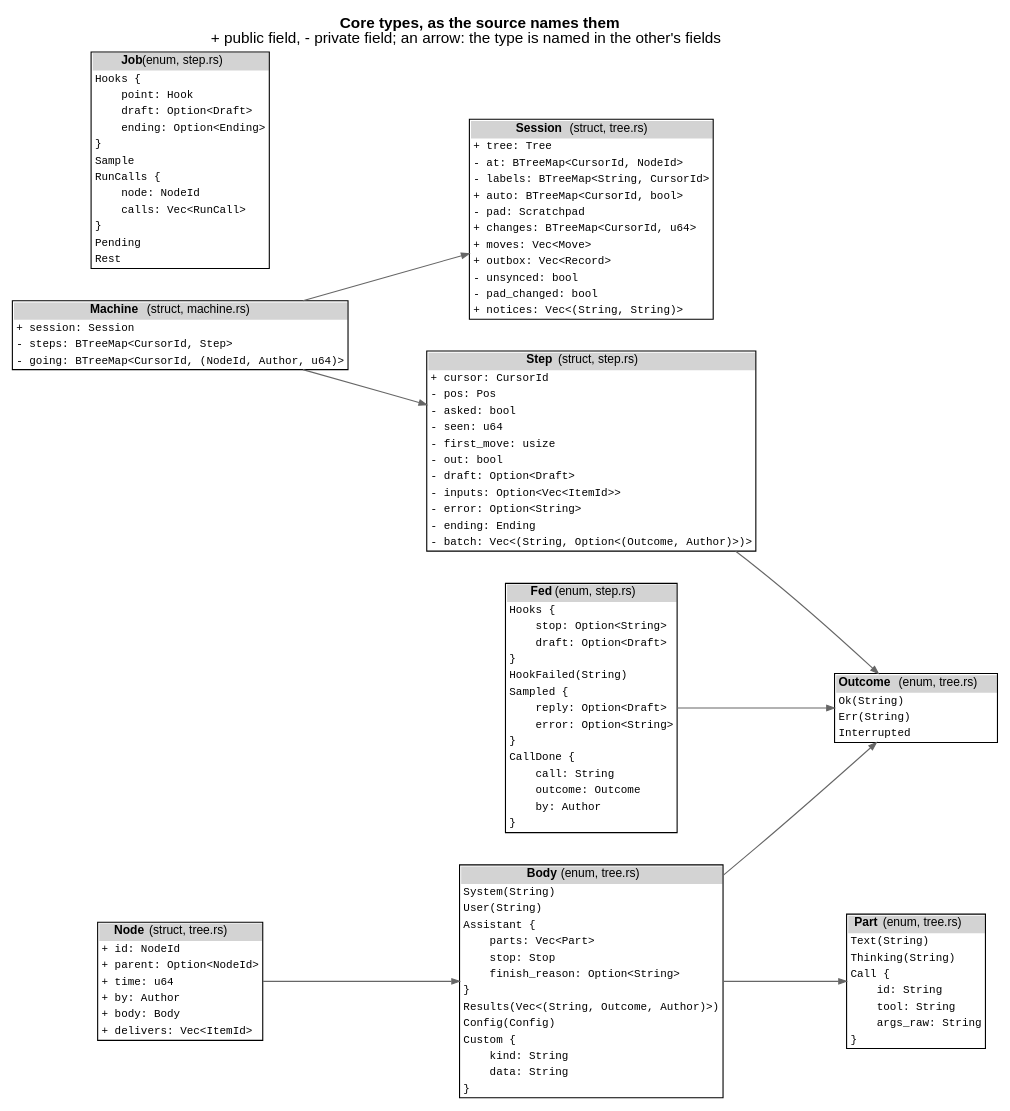
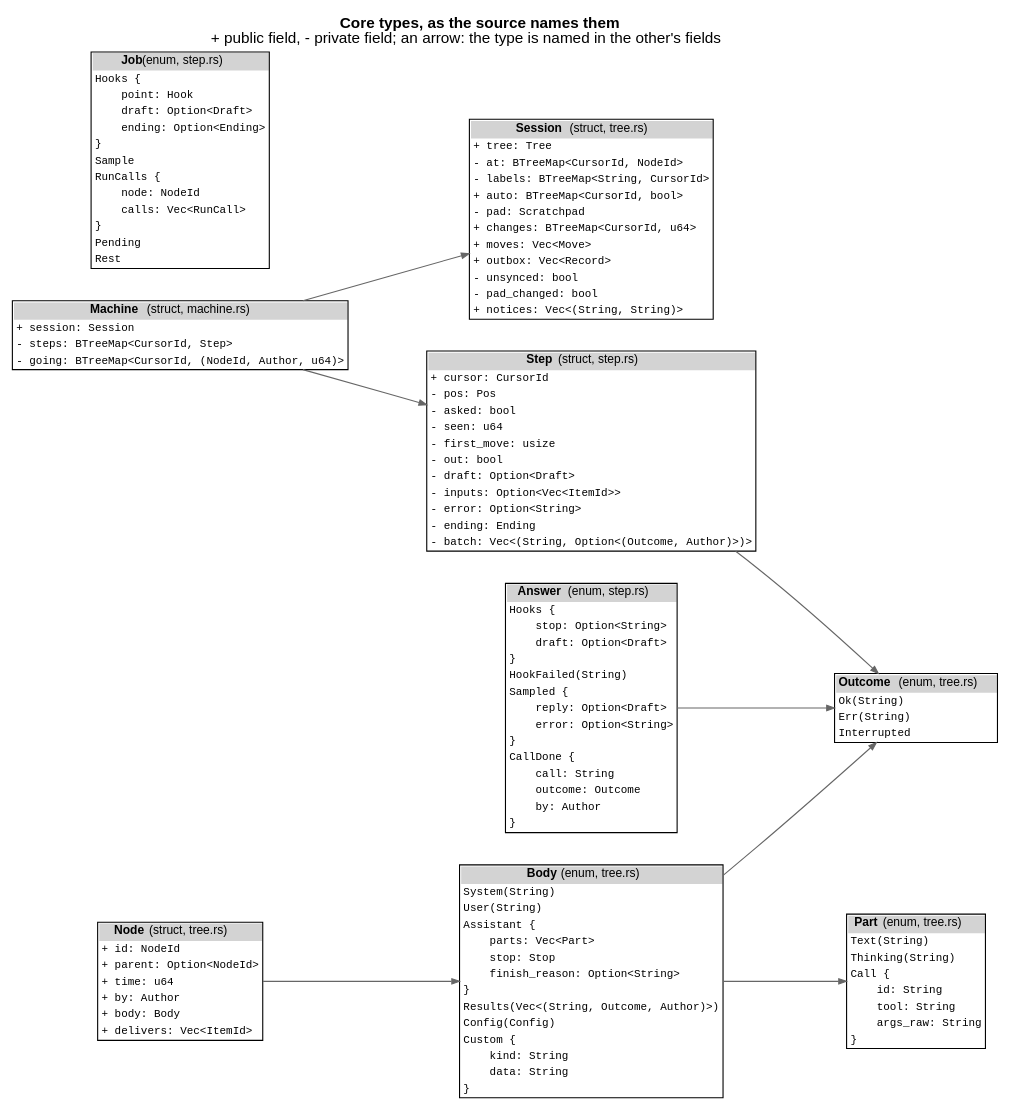
One commit to jmccardle/tau changed the diagram in docs/as-built/diagrams/types.dot. Above: the diagram before and after it, drawn with Graphviz. The commit also changed 56 other files, not shown here.

```diff
--- a/docs/as-built/diagrams/types.dot
+++ b/docs/as-built/diagrams/types.dot
@@ -1,22 +1,22 @@
 // Generated by scripts/diagrams.sh from the Rust source (syn). Do not edit.
 digraph types {
   graph [rankdir=LR, fontname="Helvetica", nodesep=0.4, ranksep=1.0, labelloc=t, label=<<b>Core types, as the source names them</b><br/>+ public field, - private field; an arrow: the type is named in the other's fields>];
   node [shape=plain, fontname="Helvetica", fontsize=11];
   edge [color="gray40", arrowsize=0.7];
   "Body" [label=<<table border="1" cellborder="0" cellspacing="0"><tr><td bgcolor="lightgray"><b>Body</b> (enum, tree.rs)</td></tr><tr><td align="left" balign="left"><font face="Courier" point-size="10">System(String)</font></td></tr><tr><td align="left" balign="left"><font face="Courier" point-size="10">User(String)</font></td></tr><tr><td align="left" balign="left"><font face="Courier" point-size="10">Assistant&nbsp;{</font></td></tr><tr><td align="left" balign="left"><font face="Courier" point-size="10">&nbsp;&nbsp;&nbsp;&nbsp;parts:&nbsp;Vec&lt;Part&gt;</font></td></tr><tr><td align="left" balign="left"><font face="Courier" point-size="10">&nbsp;&nbsp;&nbsp;&nbsp;stop:&nbsp;Stop</font></td></tr><tr><td align="left" balign="left"><font face="Courier" point-size="10">&nbsp;&nbsp;&nbsp;&nbsp;finish_reason:&nbsp;Option&lt;String&gt;</font></td></tr><tr><td align="left" balign="left"><font face="Courier" point-size="10">}</font></td></tr><tr><td align="left" balign="left"><font face="Courier" point-size="10">Results(Vec&lt;(String,&nbsp;Outcome,&nbsp;Author)&gt;)</font></td></tr><tr><td align="left" balign="left"><font face="Courier" point-size="10">Config(Config)</font></td></tr><tr><td align="left" balign="left"><font face="Courier" point-size="10">Custom&nbsp;{</font></td></tr><tr><td align="left" balign="left"><font face="Courier" point-size="10">&nbsp;&nbsp;&nbsp;&nbsp;kind:&nbsp;String</font></td></tr><tr><td align="left" balign="left"><font face="Courier" point-size="10">&nbsp;&nbsp;&nbsp;&nbsp;data:&nbsp;String</font></td></tr><tr><td align="left" balign="left"><font face="Courier" point-size="10">}</font></td></tr></table>>];
   "Node" [label=<<table border="1" cellborder="0" cellspacing="0"><tr><td bgcolor="lightgray"><b>Node</b> (struct, tree.rs)</td></tr><tr><td align="left" balign="left"><font face="Courier" point-size="10">+&nbsp;id:&nbsp;NodeId</font></td></tr><tr><td align="left" balign="left"><font face="Courier" point-size="10">+&nbsp;parent:&nbsp;Option&lt;NodeId&gt;</font></td></tr><tr><td align="left" balign="left"><font face="Courier" point-size="10">+&nbsp;time:&nbsp;u64</font></td></tr><tr><td align="left" balign="left"><font face="Courier" point-size="10">+&nbsp;by:&nbsp;Author</font></td></tr><tr><td align="left" balign="left"><font face="Courier" point-size="10">+&nbsp;body:&nbsp;Body</font></td></tr><tr><td align="left" balign="left"><font face="Courier" point-size="10">+&nbsp;delivers:&nbsp;Vec&lt;ItemId&gt;</font></td></tr></table>>];
   "Session" [label=<<table border="1" cellborder="0" cellspacing="0"><tr><td bgcolor="lightgray"><b>Session</b> (struct, tree.rs)</td></tr><tr><td align="left" balign="left"><font face="Courier" point-size="10">+&nbsp;tree:&nbsp;Tree</font></td></tr><tr><td align="left" balign="left"><font face="Courier" point-size="10">-&nbsp;at:&nbsp;BTreeMap&lt;CursorId,&nbsp;NodeId&gt;</font></td></tr><tr><td align="left" balign="left"><font face="Courier" point-size="10">-&nbsp;labels:&nbsp;BTreeMap&lt;String,&nbsp;CursorId&gt;</font></td></tr><tr><td align="left" balign="left"><font face="Courier" point-size="10">+&nbsp;auto:&nbsp;BTreeMap&lt;CursorId,&nbsp;bool&gt;</font></td></tr><tr><td align="left" balign="left"><font face="Courier" point-size="10">-&nbsp;pad:&nbsp;Scratchpad</font></td></tr><tr><td align="left" balign="left"><font face="Courier" point-size="10">+&nbsp;changes:&nbsp;BTreeMap&lt;CursorId,&nbsp;u64&gt;</font></td></tr><tr><td align="left" balign="left"><font face="Courier" point-size="10">+&nbsp;moves:&nbsp;Vec&lt;Move&gt;</font></td></tr><tr><td align="left" balign="left"><font face="Courier" point-size="10">+&nbsp;outbox:&nbsp;Vec&lt;Record&gt;</font></td></tr><tr><td align="left" balign="left"><font face="Courier" point-size="10">-&nbsp;unsynced:&nbsp;bool</font></td></tr><tr><td align="left" balign="left"><font face="Courier" point-size="10">-&nbsp;pad_changed:&nbsp;bool</font></td></tr><tr><td align="left" balign="left"><font face="Courier" point-size="10">+&nbsp;notices:&nbsp;Vec&lt;(String,&nbsp;String)&gt;</font></td></tr></table>>];
   "Machine" [label=<<table border="1" cellborder="0" cellspacing="0"><tr><td bgcolor="lightgray"><b>Machine</b> (struct, machine.rs)</td></tr><tr><td align="left" balign="left"><font face="Courier" point-size="10">+&nbsp;session:&nbsp;Session</font></td></tr><tr><td align="left" balign="left"><font face="Courier" point-size="10">-&nbsp;steps:&nbsp;BTreeMap&lt;CursorId,&nbsp;Step&gt;</font></td></tr><tr><td align="left" balign="left"><font face="Courier" point-size="10">-&nbsp;going:&nbsp;BTreeMap&lt;CursorId,&nbsp;(NodeId,&nbsp;Author,&nbsp;u64)&gt;</font></td></tr></table>>];
   "Step" [label=<<table border="1" cellborder="0" cellspacing="0"><tr><td bgcolor="lightgray"><b>Step</b> (struct, step.rs)</td></tr><tr><td align="left" balign="left"><font face="Courier" point-size="10">+&nbsp;cursor:&nbsp;CursorId</font></td></tr><tr><td align="left" balign="left"><font face="Courier" point-size="10">-&nbsp;pos:&nbsp;Pos</font></td></tr><tr><td align="left" balign="left"><font face="Courier" point-size="10">-&nbsp;asked:&nbsp;bool</font></td></tr><tr><td align="left" balign="left"><font face="Courier" point-size="10">-&nbsp;seen:&nbsp;u64</font></td></tr><tr><td align="left" balign="left"><font face="Courier" point-size="10">-&nbsp;first_move:&nbsp;usize</font></td></tr><tr><td align="left" balign="left"><font face="Courier" point-size="10">-&nbsp;out:&nbsp;bool</font></td></tr><tr><td align="left" balign="left"><font face="Courier" point-size="10">-&nbsp;draft:&nbsp;Option&lt;Draft&gt;</font></td></tr><tr><td align="left" balign="left"><font face="Courier" point-size="10">-&nbsp;inputs:&nbsp;Option&lt;Vec&lt;ItemId&gt;&gt;</font></td></tr><tr><td align="left" balign="left"><font face="Courier" point-size="10">-&nbsp;error:&nbsp;Option&lt;String&gt;</font></td></tr><tr><td align="left" balign="left"><font face="Courier" point-size="10">-&nbsp;ending:&nbsp;Ending</font></td></tr><tr><td align="left" balign="left"><font face="Courier" point-size="10">-&nbsp;batch:&nbsp;Vec&lt;(String,&nbsp;Option&lt;(Outcome,&nbsp;Author)&gt;)&gt;</font></td></tr></table>>];
   "Job" [label=<<table border="1" cellborder="0" cellspacing="0"><tr><td bgcolor="lightgray"><b>Job</b> (enum, step.rs)</td></tr><tr><td align="left" balign="left"><font face="Courier" point-size="10">Hooks&nbsp;{</font></td></tr><tr><td align="left" balign="left"><font face="Courier" point-size="10">&nbsp;&nbsp;&nbsp;&nbsp;point:&nbsp;Hook</font></td></tr><tr><td align="left" balign="left"><font face="Courier" point-size="10">&nbsp;&nbsp;&nbsp;&nbsp;draft:&nbsp;Option&lt;Draft&gt;</font></td></tr><tr><td align="left" balign="left"><font face="Courier" point-size="10">&nbsp;&nbsp;&nbsp;&nbsp;ending:&nbsp;Option&lt;Ending&gt;</font></td></tr><tr><td align="left" balign="left"><font face="Courier" point-size="10">}</font></td></tr><tr><td align="left" balign="left"><font face="Courier" point-size="10">Sample</font></td></tr><tr><td align="left" balign="left"><font face="Courier" point-size="10">RunCalls&nbsp;{</font></td></tr><tr><td align="left" balign="left"><font face="Courier" point-size="10">&nbsp;&nbsp;&nbsp;&nbsp;node:&nbsp;NodeId</font></td></tr><tr><td align="left" balign="left"><font face="Courier" point-size="10">&nbsp;&nbsp;&nbsp;&nbsp;calls:&nbsp;Vec&lt;RunCall&gt;</font></td></tr><tr><td align="left" balign="left"><font face="Courier" point-size="10">}</font></td></tr><tr><td align="left" balign="left"><font face="Courier" point-size="10">Pending</font></td></tr><tr><td align="left" balign="left"><font face="Courier" point-size="10">Rest</font></td></tr></table>>];
-  "Fed" [label=<<table border="1" cellborder="0" cellspacing="0"><tr><td bgcolor="lightgray"><b>Fed</b> (enum, step.rs)</td></tr><tr><td align="left" balign="left"><font face="Courier" point-size="10">Hooks&nbsp;{</font></td></tr><tr><td align="left" balign="left"><font face="Courier" point-size="10">&nbsp;&nbsp;&nbsp;&nbsp;stop:&nbsp;Option&lt;String&gt;</font></td></tr><tr><td align="left" balign="left"><font face="Courier" point-size="10">&nbsp;&nbsp;&nbsp;&nbsp;draft:&nbsp;Option&lt;Draft&gt;</font></td></tr><tr><td align="left" balign="left"><font face="Courier" point-size="10">}</font></td></tr><tr><td align="left" balign="left"><font face="Courier" point-size="10">HookFailed(String)</font></td></tr><tr><td align="left" balign="left"><font face="Courier" point-size="10">Sampled&nbsp;{</font></td></tr><tr><td align="left" balign="left"><font face="Courier" point-size="10">&nbsp;&nbsp;&nbsp;&nbsp;reply:&nbsp;Option&lt;Draft&gt;</font></td></tr><tr><td align="left" balign="left"><font face="Courier" point-size="10">&nbsp;&nbsp;&nbsp;&nbsp;error:&nbsp;Option&lt;String&gt;</font></td></tr><tr><td align="left" balign="left"><font face="Courier" point-size="10">}</font></td></tr><tr><td align="left" balign="left"><font face="Courier" point-size="10">CallDone&nbsp;{</font></td></tr><tr><td align="left" balign="left"><font face="Courier" point-size="10">&nbsp;&nbsp;&nbsp;&nbsp;call:&nbsp;String</font></td></tr><tr><td align="left" balign="left"><font face="Courier" point-size="10">&nbsp;&nbsp;&nbsp;&nbsp;outcome:&nbsp;Outcome</font></td></tr><tr><td align="left" balign="left"><font face="Courier" point-size="10">&nbsp;&nbsp;&nbsp;&nbsp;by:&nbsp;Author</font></td></tr><tr><td align="left" balign="left"><font face="Courier" point-size="10">}</font></td></tr></table>>];
+  "Answer" [label=<<table border="1" cellborder="0" cellspacing="0"><tr><td bgcolor="lightgray"><b>Answer</b> (enum, step.rs)</td></tr><tr><td align="left" balign="left"><font face="Courier" point-size="10">Hooks&nbsp;{</font></td></tr><tr><td align="left" balign="left"><font face="Courier" point-size="10">&nbsp;&nbsp;&nbsp;&nbsp;stop:&nbsp;Option&lt;String&gt;</font></td></tr><tr><td align="left" balign="left"><font face="Courier" point-size="10">&nbsp;&nbsp;&nbsp;&nbsp;draft:&nbsp;Option&lt;Draft&gt;</font></td></tr><tr><td align="left" balign="left"><font face="Courier" point-size="10">}</font></td></tr><tr><td align="left" balign="left"><font face="Courier" point-size="10">HookFailed(String)</font></td></tr><tr><td align="left" balign="left"><font face="Courier" point-size="10">Sampled&nbsp;{</font></td></tr><tr><td align="left" balign="left"><font face="Courier" point-size="10">&nbsp;&nbsp;&nbsp;&nbsp;reply:&nbsp;Option&lt;Draft&gt;</font></td></tr><tr><td align="left" balign="left"><font face="Courier" point-size="10">&nbsp;&nbsp;&nbsp;&nbsp;error:&nbsp;Option&lt;String&gt;</font></td></tr><tr><td align="left" balign="left"><font face="Courier" point-size="10">}</font></td></tr><tr><td align="left" balign="left"><font face="Courier" point-size="10">CallDone&nbsp;{</font></td></tr><tr><td align="left" balign="left"><font face="Courier" point-size="10">&nbsp;&nbsp;&nbsp;&nbsp;call:&nbsp;String</font></td></tr><tr><td align="left" balign="left"><font face="Courier" point-size="10">&nbsp;&nbsp;&nbsp;&nbsp;outcome:&nbsp;Outcome</font></td></tr><tr><td align="left" balign="left"><font face="Courier" point-size="10">&nbsp;&nbsp;&nbsp;&nbsp;by:&nbsp;Author</font></td></tr><tr><td align="left" balign="left"><font face="Courier" point-size="10">}</font></td></tr></table>>];
   "Outcome" [label=<<table border="1" cellborder="0" cellspacing="0"><tr><td bgcolor="lightgray"><b>Outcome</b> (enum, tree.rs)</td></tr><tr><td align="left" balign="left"><font face="Courier" point-size="10">Ok(String)</font></td></tr><tr><td align="left" balign="left"><font face="Courier" point-size="10">Err(String)</font></td></tr><tr><td align="left" balign="left"><font face="Courier" point-size="10">Interrupted</font></td></tr></table>>];
   "Part" [label=<<table border="1" cellborder="0" cellspacing="0"><tr><td bgcolor="lightgray"><b>Part</b> (enum, tree.rs)</td></tr><tr><td align="left" balign="left"><font face="Courier" point-size="10">Text(String)</font></td></tr><tr><td align="left" balign="left"><font face="Courier" point-size="10">Thinking(String)</font></td></tr><tr><td align="left" balign="left"><font face="Courier" point-size="10">Call&nbsp;{</font></td></tr><tr><td align="left" balign="left"><font face="Courier" point-size="10">&nbsp;&nbsp;&nbsp;&nbsp;id:&nbsp;String</font></td></tr><tr><td align="left" balign="left"><font face="Courier" point-size="10">&nbsp;&nbsp;&nbsp;&nbsp;tool:&nbsp;String</font></td></tr><tr><td align="left" balign="left"><font face="Courier" point-size="10">&nbsp;&nbsp;&nbsp;&nbsp;args_raw:&nbsp;String</font></td></tr><tr><td align="left" balign="left"><font face="Courier" point-size="10">}</font></td></tr></table>>];
   "Body" -> "Part";
   "Body" -> "Outcome";
   "Node" -> "Body";
   "Machine" -> "Session";
   "Machine" -> "Step";
   "Step" -> "Outcome";
-  "Fed" -> "Outcome";
+  "Answer" -> "Outcome";
 }
```
